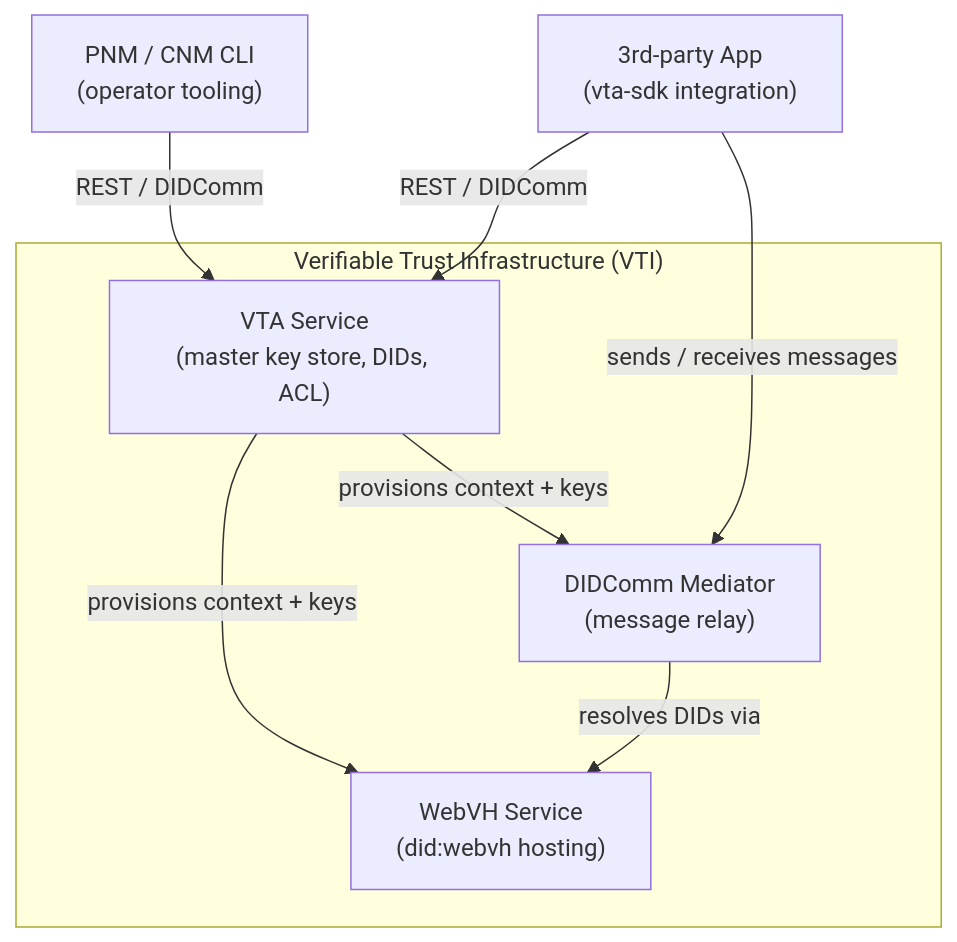
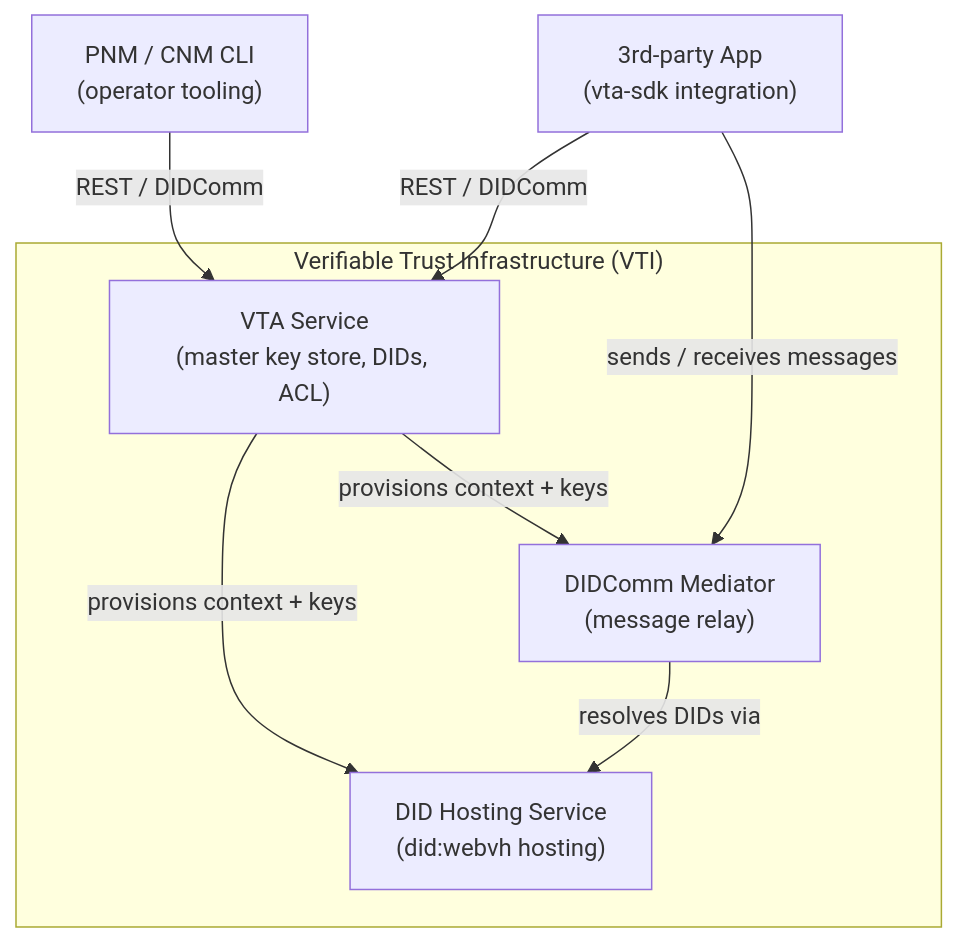
Before and after one commit to OpenVTC/vti-setup: the diagram in README.md, drawn with Mermaid. The commit also changed other lines of this file and 27 other files, not shown here.

````diff
--- a/README.md
+++ b/README.md
@@ -49,18 +37,18 @@
 ```mermaid
 graph TB
     subgraph VTI["Verifiable Trust Infrastructure (VTI)"]
         VTA["VTA Service\n(master key store, DIDs, ACL)"]
-        WebVH["WebVH Service\n(did:webvh hosting)"]
+        DIDHost["DID Hosting Service\n(did:webvh hosting)"]
         MED["DIDComm Mediator\n(message relay)"]
     end
 
     CLI["PNM / CNM CLI\n(operator tooling)"]
     APP["3rd-party App\n(vta-sdk integration)"]
 
     CLI -->|"REST / DIDComm"| VTA
     APP -->|"REST / DIDComm"| VTA
-    VTA -->|"provisions context + keys"| WebVH
+    VTA -->|"provisions context + keys"| DIDHost
     VTA -->|"provisions context + keys"| MED
-    MED -->|"resolves DIDs via"| WebVH
+    MED -->|"resolves DIDs via"| DIDHost
     APP -->|"sends / receives messages"| MED
 ```
````
